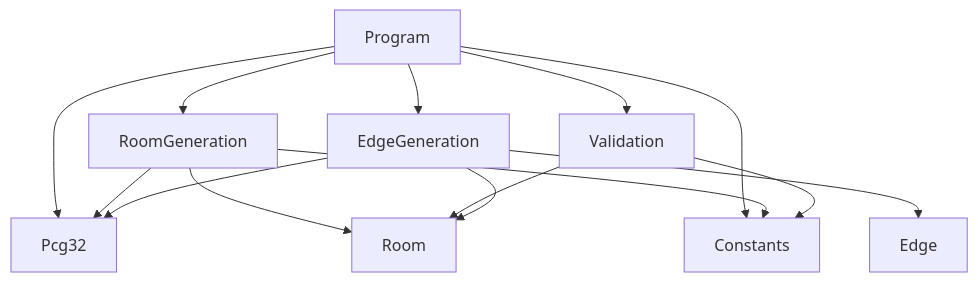
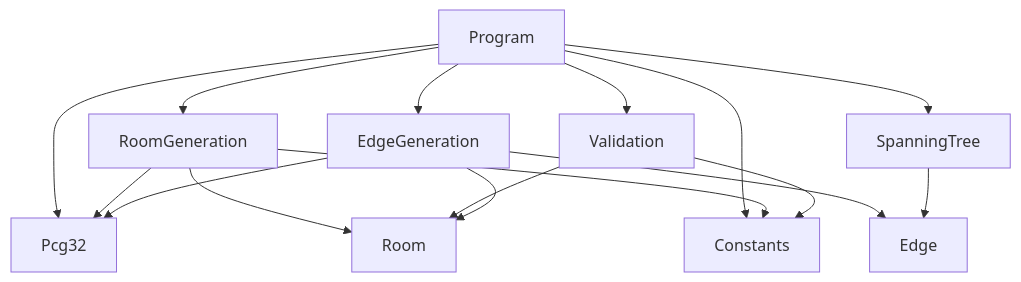
Before and after one commit to verdoxOP/procgen-dungeon: the second of 2 diagrams in Algorithms/csharp/procgen-csharp/docs/architecture.md, drawn with Mermaid. The commit also changed other lines of this file and 10 other files, not shown here.

First line of the commit message:
Add Prim spanning tree to C# generator

````diff
--- a/Algorithms/csharp/procgen-csharp/docs/architecture.md
+++ b/Algorithms/csharp/procgen-csharp/docs/architecture.md
@@ -85,16 +88,18 @@
 ```mermaid
 flowchart TD
     Program --> Pcg32
     Program --> RoomGeneration
     Program --> Validation
     Program --> Constants
     RoomGeneration --> Pcg32
     RoomGeneration --> Room
     RoomGeneration --> Constants
     Validation --> Room
     Validation --> Constants
     Program --> EdgeGeneration
     EdgeGeneration --> Pcg32
     EdgeGeneration --> Room
     EdgeGeneration --> Edge
+    Program --> SpanningTree
+    SpanningTree --> Edge
 ```
````
